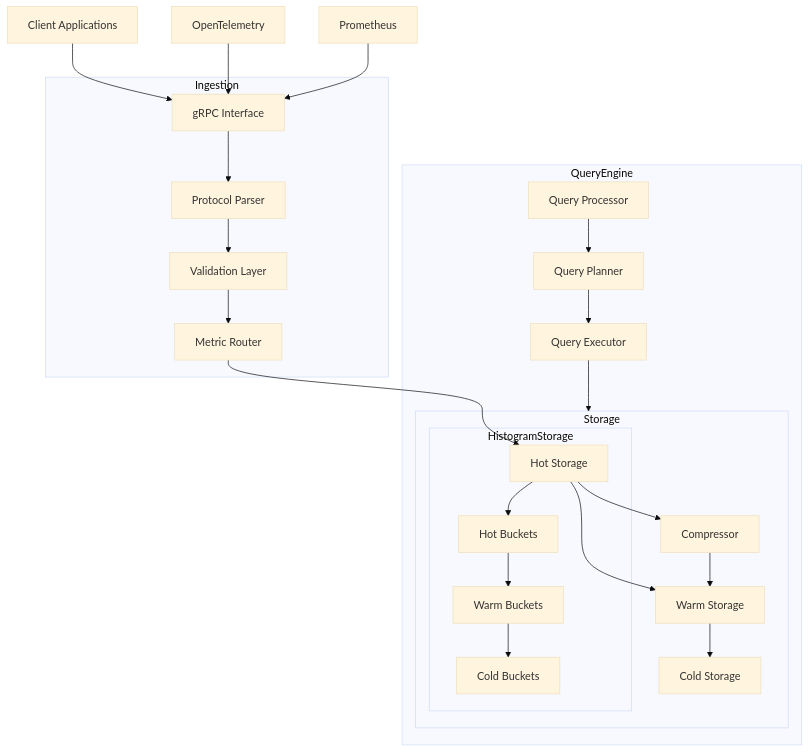
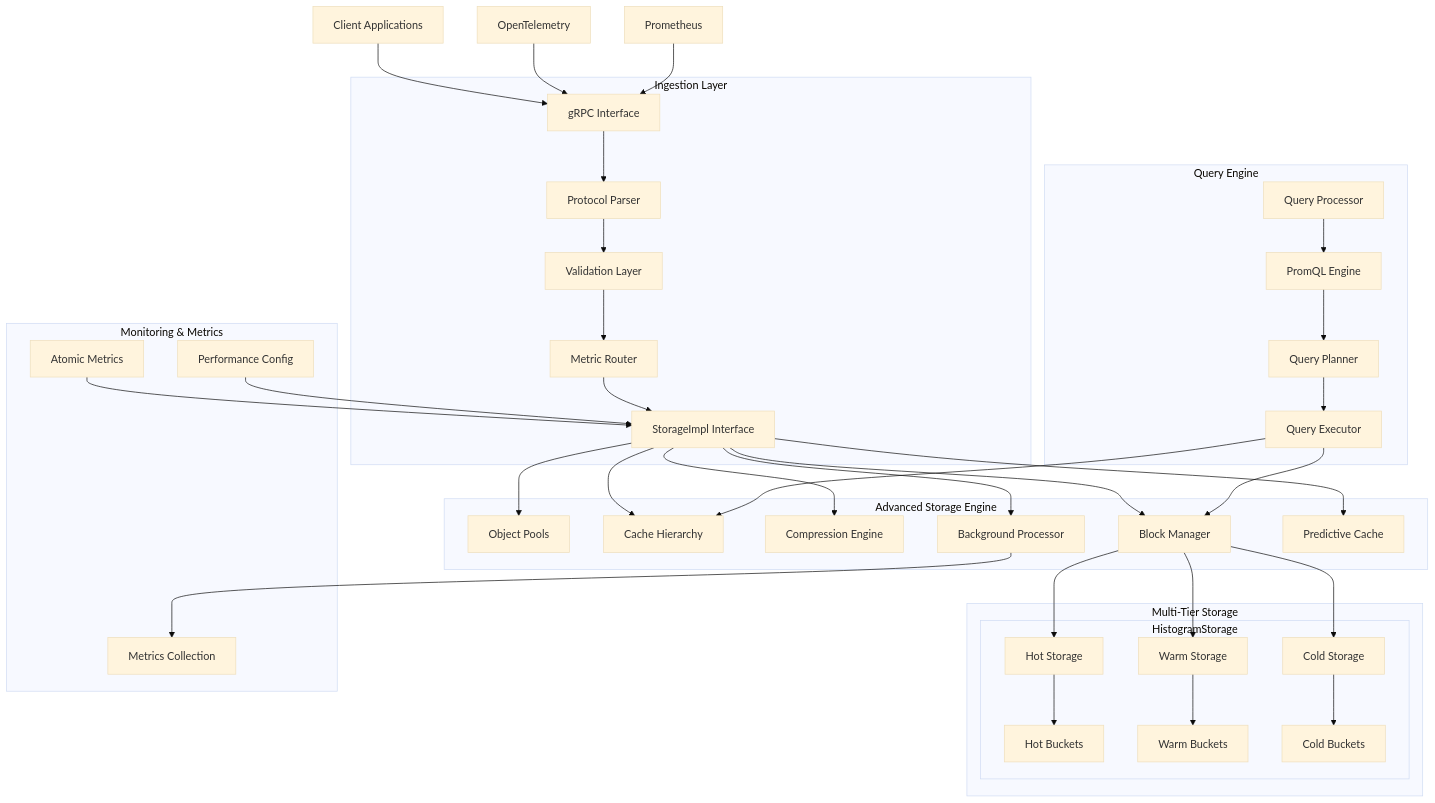
Before and after one commit to vobbilis/mytsdb: the first of 12 diagrams in diagrams.md, drawn with Mermaid (base theme). The commit also changed other lines of this file, not shown here.

Commit message:
Update diagrams.md with comprehensive TSDB architecture reflecting all implemented features and integration plans

````diff
--- a/diagrams.md
+++ b/diagrams.md
@@ -4,33 +7,48 @@
 ```mermaid
 graph TB
     Client[Client Applications] --> GRPC[gRPC Interface]
     OTEL[OpenTelemetry] --> GRPC
     Prometheus[Prometheus] --> GRPC
     
-    subgraph Ingestion
+    subgraph Ingestion Layer
         GRPC --> Parser[Protocol Parser]
         Parser --> Validator[Validation Layer]
         Validator --> Router[Metric Router]
+        Router --> StorageImpl[StorageImpl Interface]
     end
     
-    subgraph Storage
-        Router --> Hot[Hot Storage]
-        Hot --> Warm[Warm Storage]
-        Warm --> Cold[Cold Storage]
-        
-        Hot --> Compressor[Compressor]
-        Compressor --> Warm
+    subgraph Advanced Storage Engine
+        StorageImpl --> ObjectPools[Object Pools]
+        StorageImpl --> CacheHierarchy[Cache Hierarchy]
+        StorageImpl --> Compression[Compression Engine]
+        StorageImpl --> BlockManager[Block Manager]
+        StorageImpl --> BackgroundProc[Background Processor]
+        StorageImpl --> PredictiveCache[Predictive Cache]
+    end
+    
+    subgraph Multi-Tier Storage
+        BlockManager --> HotStorage[Hot Storage]
+        BlockManager --> WarmStorage[Warm Storage]
+        BlockManager --> ColdStorage[Cold Storage]
         
         subgraph HistogramStorage
-            Hot --> HBuckets[Hot Buckets]
-            HBuckets --> WBuckets[Warm Buckets]
-            WBuckets --> CBuckets[Cold Buckets]
+            HotStorage --> HBuckets[Hot Buckets]
+            WarmStorage --> WBuckets[Warm Buckets]
+            ColdStorage --> CBuckets[Cold Buckets]
         end
     end
     
-    subgraph QueryEngine
-        Query[Query Processor] --> Planner[Query Planner]
+    subgraph Query Engine
+        Query[Query Processor] --> PromQL[PromQL Engine]
+        PromQL --> Planner[Query Planner]
         Planner --> Executor[Query Executor]
-        Executor --> Storage
+        Executor --> CacheHierarchy
+        Executor --> BlockManager
+    end
+    
+    subgraph Monitoring & Metrics
+        AtomicMetrics[Atomic Metrics] --> StorageImpl
+        PerformanceConfig[Performance Config] --> StorageImpl
+        BackgroundProc --> MetricsCollection[Metrics Collection]
     end
 ```
````
